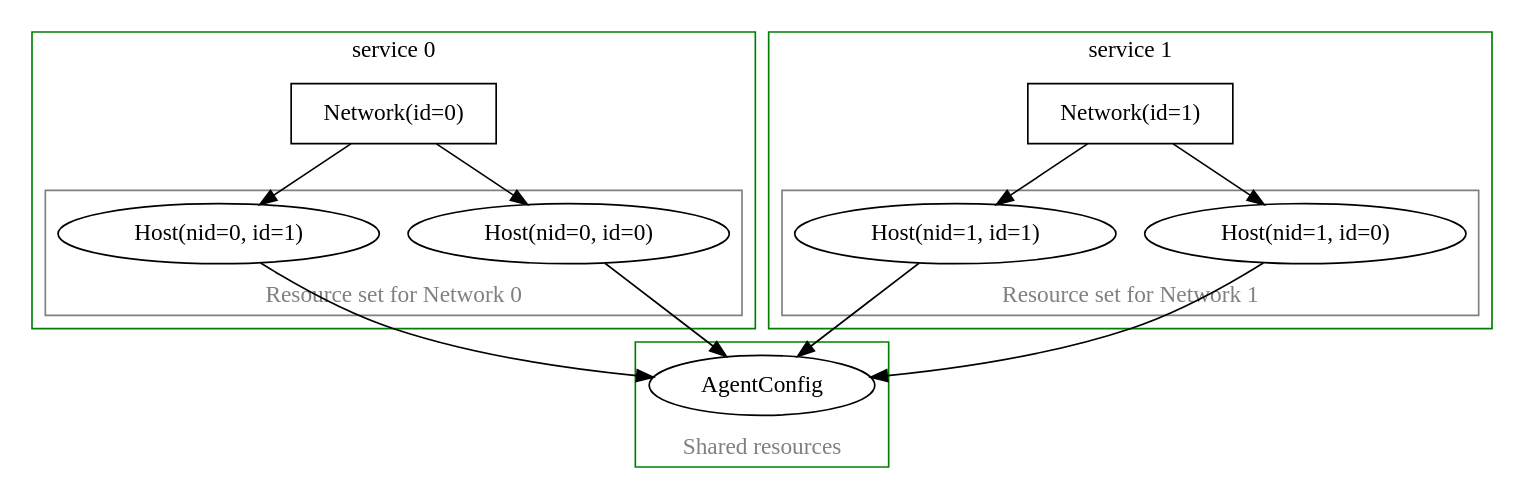
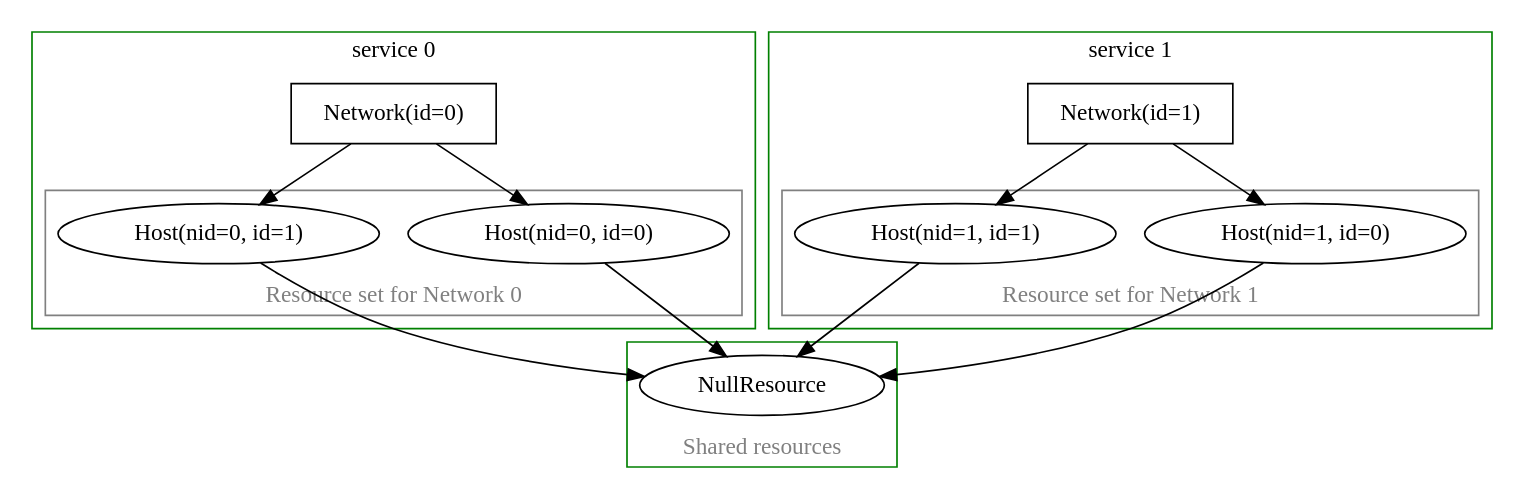
Before and after one commit to inmanta/inmanta-core: the fourth of 8 diagrams in docs/model_developers/resource_sets.rst, drawn with Graphviz. The commit also changed other lines of this file and 25 other files, not shown here.

```diff
--- a/docs/model_developers/resource_sets.rst
+++ b/docs/model_developers/resource_sets.rst
@@ -356,42 +356,42 @@
 .. digraph:: resource_sets_example
     :caption: Two valid service instances with their resource sets
 
     subgraph cluster_shared {
-        AgentConfig;
+        NullResource;
         color = "green";
         fontcolor = "grey";
         label = "Shared resources";
         labelloc = "bottom";
     }
 
     subgraph cluster_service0 {
         "Network(id=0)" [shape=rectangle];
         "Network(id=0)" -> subgraph cluster_resources0 {
             "Host(nid=0, id=0)";
             "Host(nid=0, id=1)";
             color = "grey";
             fontcolor = "grey";
             label = "Resource set for Network 0";
             labelloc = "bottom";
         }
         color = "green";
         label = "service 0";
         labelloc = "top";
     }
     subgraph cluster_service1 {
         "Network(id=1)" [shape=rectangle];
         "Network(id=1)" -> subgraph cluster_resources1 {
             "Host(nid=1, id=0)";
             "Host(nid=1, id=1)";
             color = "grey";
             fontcolor = "grey";
             label = "Resource set for Network 1";
             labelloc = "bottom";
         }
         color = "green";
         label = "service 1";
         labelloc = "top";
     }
 
     # force rendering on multiple ranks
-    {"Host(nid=0, id=0)" "Host(nid=0, id=1)" "Host(nid=1, id=0)" "Host(nid=1, id=1)"} -> "AgentConfig";
+    {"Host(nid=0, id=0)" "Host(nid=0, id=1)" "Host(nid=1, id=0)" "Host(nid=1, id=1)"} -> "NullResource";
```
